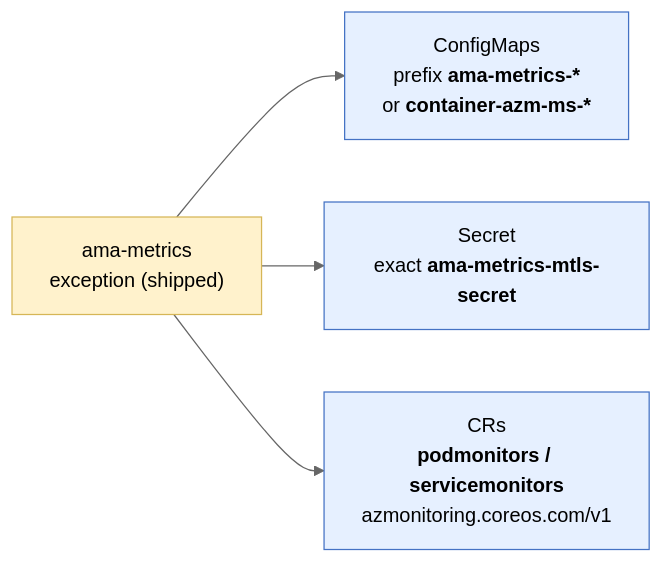
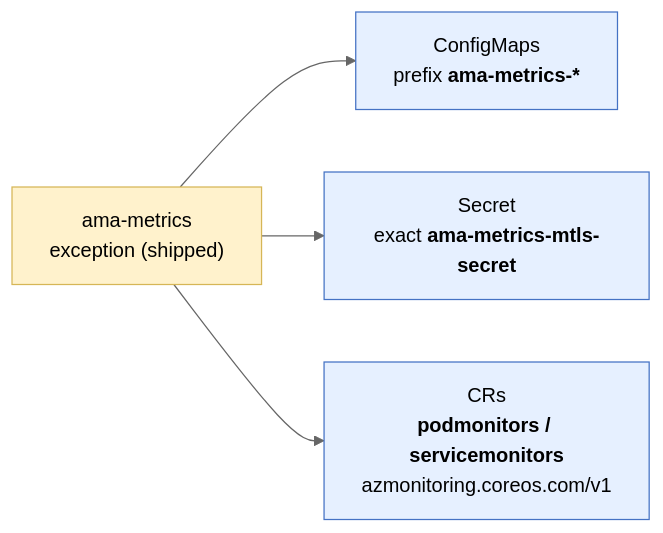
The tenth of 12 diagrams in custom-ns/doc/automatic-investigation/aks-vap-demo-diagrams.md (Azure/prometheus-collector), drawn with Mermaid (neutral theme) before and after one commit. The commit also changed other lines of this file, not shown here.

First line of the commit message:
docs(custom-ns): tighten section 3 and bonus; simplify Part 3 dead-end diagram

````diff
--- a/custom-ns/doc/automatic-investigation/aks-vap-demo-diagrams.md
+++ b/custom-ns/doc/automatic-investigation/aks-vap-demo-diagrams.md
@@ -238,11 +230,11 @@
 ```mermaid
 flowchart LR
-    EX["ama-metrics<br/>exception (shipped)"] --> CM["ConfigMaps<br/>prefix <b>ama-metrics-*</b><br/>or <b>container-azm-ms-*</b>"]
+    EX["ama-metrics<br/>exception (shipped)"] --> CM["ConfigMaps<br/>prefix <b>ama-metrics-*</b>"]
     EX --> SEC["Secret<br/>exact <b>ama-metrics-mtls-secret</b>"]
     EX --> CR["CRs<br/><b>podmonitors / servicemonitors</b><br/>azmonitoring.coreos.com/v1"]
 
     style EX fill:#fff2cc,stroke:#d6b656
     style CM fill:#e6f0ff,stroke:#4472c4
     style SEC fill:#e6f0ff,stroke:#4472c4
     style CR fill:#e6f0ff,stroke:#4472c4
 ```
````
